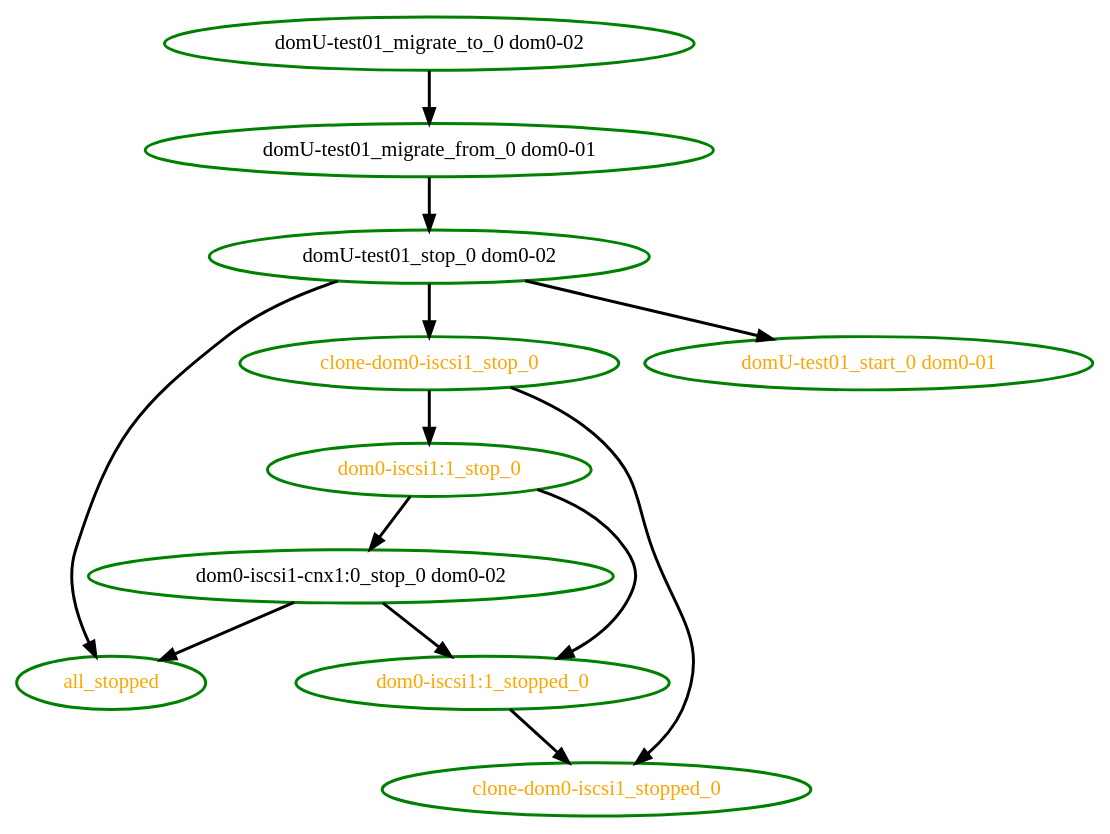
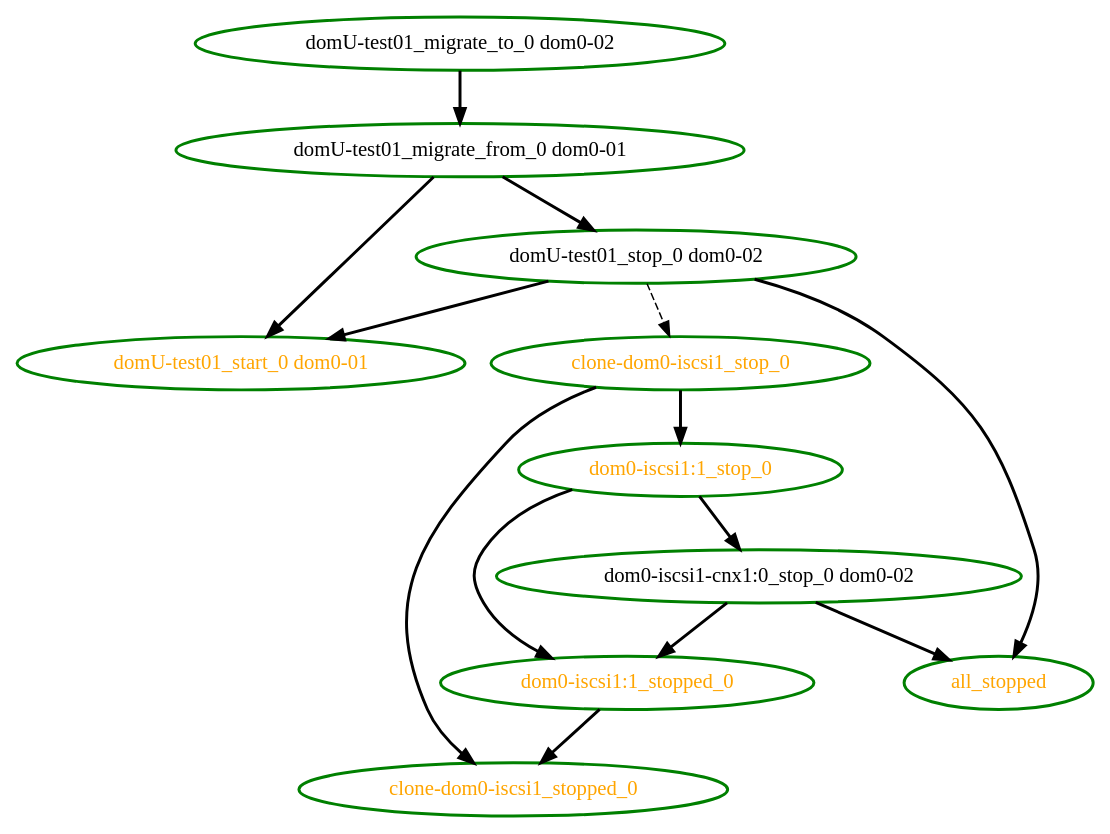
One commit to ClusterLabs/pacemaker changed the diagram in pengine/test10/migrate-5.dot. Above: the diagram before and after it, drawn with Graphviz. The commit also changed 64 other files, not shown here.

```diff
--- a/pengine/test10/migrate-5.dot
+++ b/pengine/test10/migrate-5.dot
@@ -1,24 +1,25 @@
 digraph "g" {
 "all_stopped" [ style=bold color="green" fontcolor="orange" ]
 "clone-dom0-iscsi1_stop_0" -> "clone-dom0-iscsi1_stopped_0" [ style = bold]
 "clone-dom0-iscsi1_stop_0" -> "dom0-iscsi1:1_stop_0" [ style = bold]
 "clone-dom0-iscsi1_stop_0" [ style=bold color="green" fontcolor="orange" ]
 "clone-dom0-iscsi1_stopped_0" [ style=bold color="green" fontcolor="orange" ]
 "dom0-iscsi1-cnx1:0_stop_0 dom0-02" -> "all_stopped" [ style = bold]
 "dom0-iscsi1-cnx1:0_stop_0 dom0-02" -> "dom0-iscsi1:1_stopped_0" [ style = bold]
 "dom0-iscsi1-cnx1:0_stop_0 dom0-02" [ style=bold color="green" fontcolor="black" ]
 "dom0-iscsi1:1_stop_0" -> "dom0-iscsi1-cnx1:0_stop_0 dom0-02" [ style = bold]
 "dom0-iscsi1:1_stop_0" -> "dom0-iscsi1:1_stopped_0" [ style = bold]
 "dom0-iscsi1:1_stop_0" [ style=bold color="green" fontcolor="orange"]
 "dom0-iscsi1:1_stopped_0" -> "clone-dom0-iscsi1_stopped_0" [ style = bold]
 "dom0-iscsi1:1_stopped_0" [ style=bold color="green" fontcolor="orange"]
+"domU-test01_migrate_from_0 dom0-01" -> "domU-test01_start_0 dom0-01" [ style = bold]
 "domU-test01_migrate_from_0 dom0-01" -> "domU-test01_stop_0 dom0-02" [ style = bold]
 "domU-test01_migrate_from_0 dom0-01" [ style=bold color="green" fontcolor="black" ]
 "domU-test01_migrate_to_0 dom0-02" -> "domU-test01_migrate_from_0 dom0-01" [ style = bold]
 "domU-test01_migrate_to_0 dom0-02" [ style=bold color="green" fontcolor="black" ]
 "domU-test01_start_0 dom0-01" [ style=bold color="green" fontcolor="orange" ]
 "domU-test01_stop_0 dom0-02" -> "all_stopped" [ style = bold]
-"domU-test01_stop_0 dom0-02" -> "clone-dom0-iscsi1_stop_0" [ style = bold]
+"domU-test01_stop_0 dom0-02" -> "clone-dom0-iscsi1_stop_0" [ style = dashed]
 "domU-test01_stop_0 dom0-02" -> "domU-test01_start_0 dom0-01" [ style = bold]
 "domU-test01_stop_0 dom0-02" [ style=bold color="green" fontcolor="black" ]
 }
```
